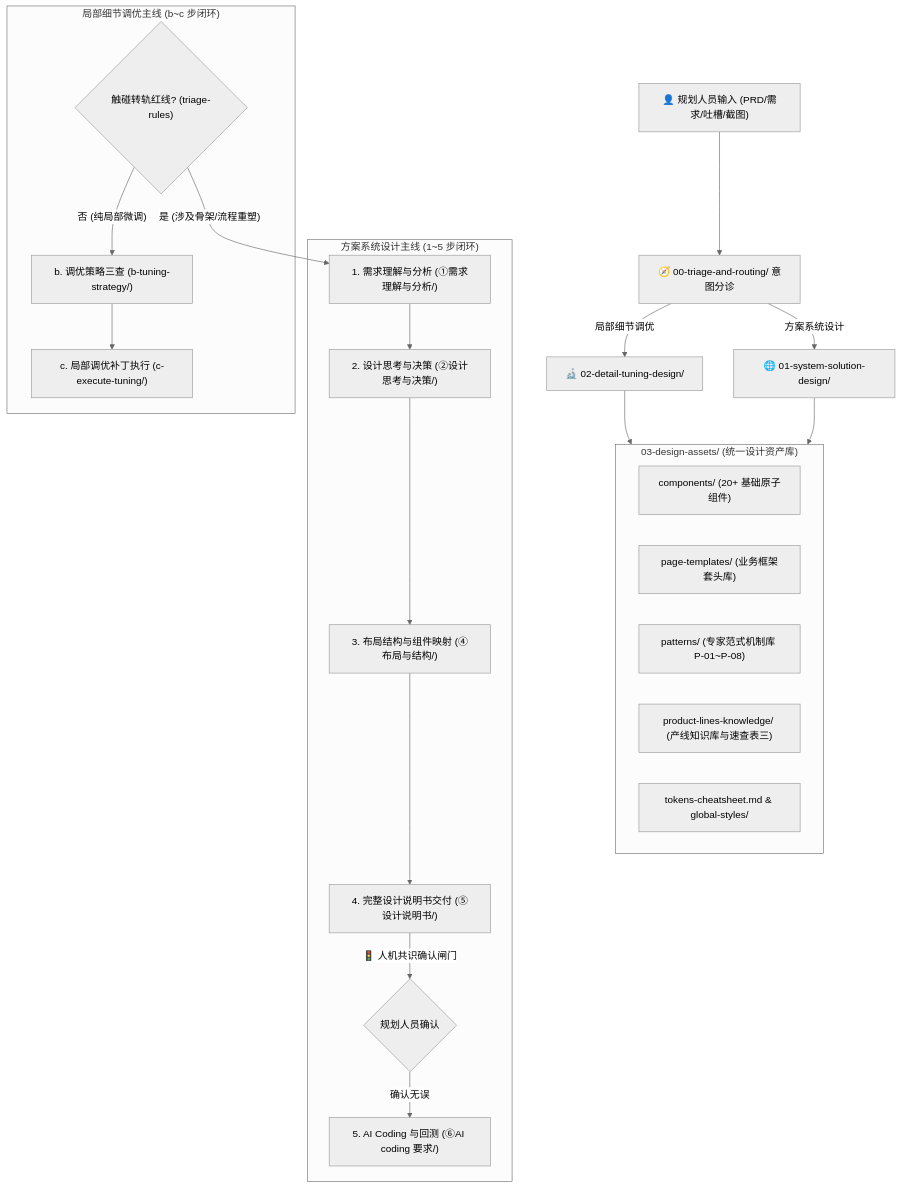
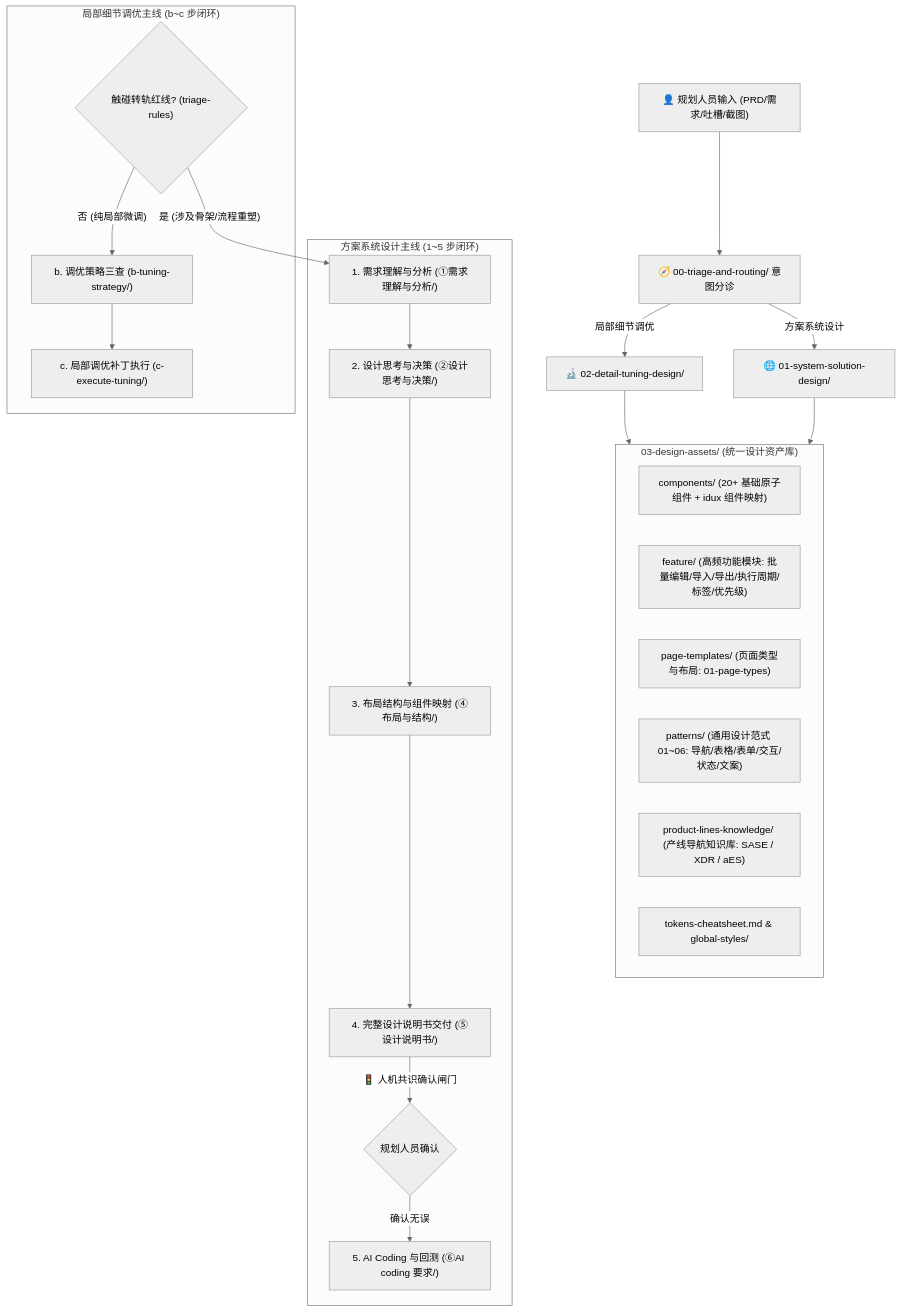
One commit to wangjue2026/skill-designer-prism changed the diagram in README.md. Above: the diagram before and after it, drawn with Mermaid (neutral theme). The commit also changed other lines of this file and 37 other files, not shown here.

First line of the commit message:
docs(design-flow): 收敛 1.1/1.2 指南，新增 1.3/1.4 并同步说明书模板与样例

````diff
--- a/README.md
+++ b/README.md
@@ -12,36 +12,37 @@
 ```mermaid
 graph TD
     User["👤 规划人员输入 (PRD/需求/吐槽/截图)"] --> Triage["🧭 00-triage-and-routing/ 意图分诊"]
     
     Triage -->|"方案系统设计"| Macro["🌐 01-system-solution-design/"]
     Triage -->|"局部细节调优"| Micro["🔬 02-detail-tuning-design/"]
     
     subgraph MacroPath ["方案系统设计主线 (1~5 步闭环)"]
         M1["1. 需求理解与分析 (①需求理解与分析/)"]
         M2["2. 设计思考与决策 (②设计思考与决策/)"]
         M3["3. 布局结构与组件映射 (④布局与结构/)"]
         M4["4. 完整设计说明书交付 (⑤设计说明书/)"]
         M5["5. AI Coding 与回测 (⑥AI coding 要求/)"]
         M1 --> M2 --> M3 --> M4
         M4 -->|"🚦 人机共识确认闸门"| Gate{"规划人员确认"}
         Gate -->|"确认无误"| M5
     end
     
     subgraph MicroPath ["局部细节调优主线 (b~c 步闭环)"]
         Esc{"触碰转轨红线? (triage-rules)"}
         Esc -->|"是 (涉及骨架/流程重塑)"| M1
         Esc -->|"否 (纯局部微调)"| m2["b. 调优策略三查 (b-tuning-strategy/)"]
         m2 --> m3["c. 局部调优补丁执行 (c-execute-tuning/)"]
     end
     
     subgraph Assets ["03-design-assets/ (统一设计资产库)"]
-        Comps["components/ (20+ 基础原子组件)"]
-        Pages["page-templates/ (业务框架套头库)"]
-        Patterns["patterns/ (专家范式机制库 P-01~P-08)"]
-        PKB["product-lines-knowledge/ (产线知识库与速查表三)"]
+        Comps["components/ (20+ 基础原子组件 + idux 组件映射)"]
+        Feature["feature/ (高频功能模块: 批量编辑/导入/导出/执行周期/标签/优先级)"]
+        Pages["page-templates/ (页面类型与布局: 01-page-types)"]
+        Patterns["patterns/ (通用设计范式 01~06: 导航/表格/表单/交互/状态/文案)"]
+        PKB["product-lines-knowledge/ (产线导航知识库: SASE / XDR / aES)"]
         Tokens["tokens-cheatsheet.md & global-styles/"]
     end
 
     Macro --> Assets
     Micro --> Assets
 ```
````
